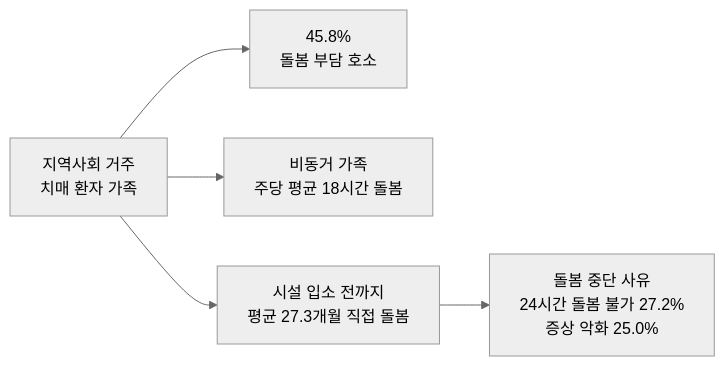
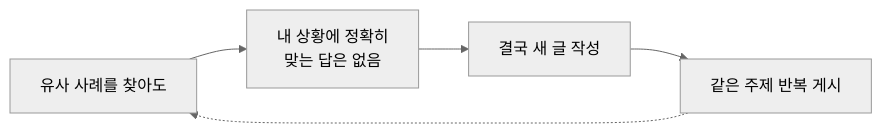
Before and after one commit to kiddo-dong/Sil-On-BackEnd: the first of 10 diagrams in README.md, drawn with Mermaid. The commit also changed other lines of this file and 13 other files, not shown here.

````diff
--- a/README.md
+++ b/README.md
@@ -97,8 +109,6 @@
 ```mermaid
 %%{init: {'theme':'neutral'}}%%
 flowchart LR
-    A["지역사회 거주<br/>치매 환자 가족"] --> B["45.8%<br/>돌봄 부담 호소"]
-    A --> C["비동거 가족<br/>주당 평균 18시간 돌봄"]
-    A --> D["시설 입소 전까지<br/>평균 27.3개월 직접 돌봄"]
-    D --> E["돌봄 중단 사유<br/>24시간 돌봄 불가 27.2%<br/>증상 악화 25.0%"]
+    A["유사 사례를 찾아도"] --> B["내 상황에 정확히<br/>맞는 답은 없음"] --> C["결국 새 글 작성"] --> D["같은 주제 반복 게시"]
+    D -.-> A
 ```
````
